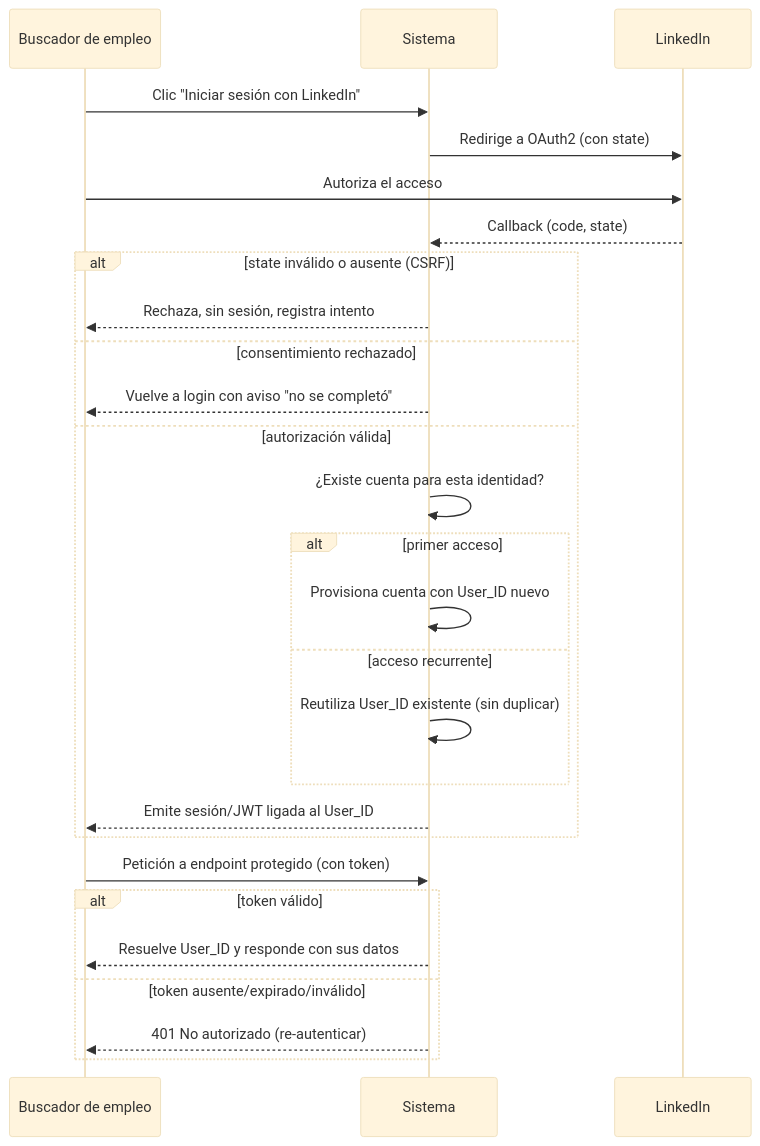
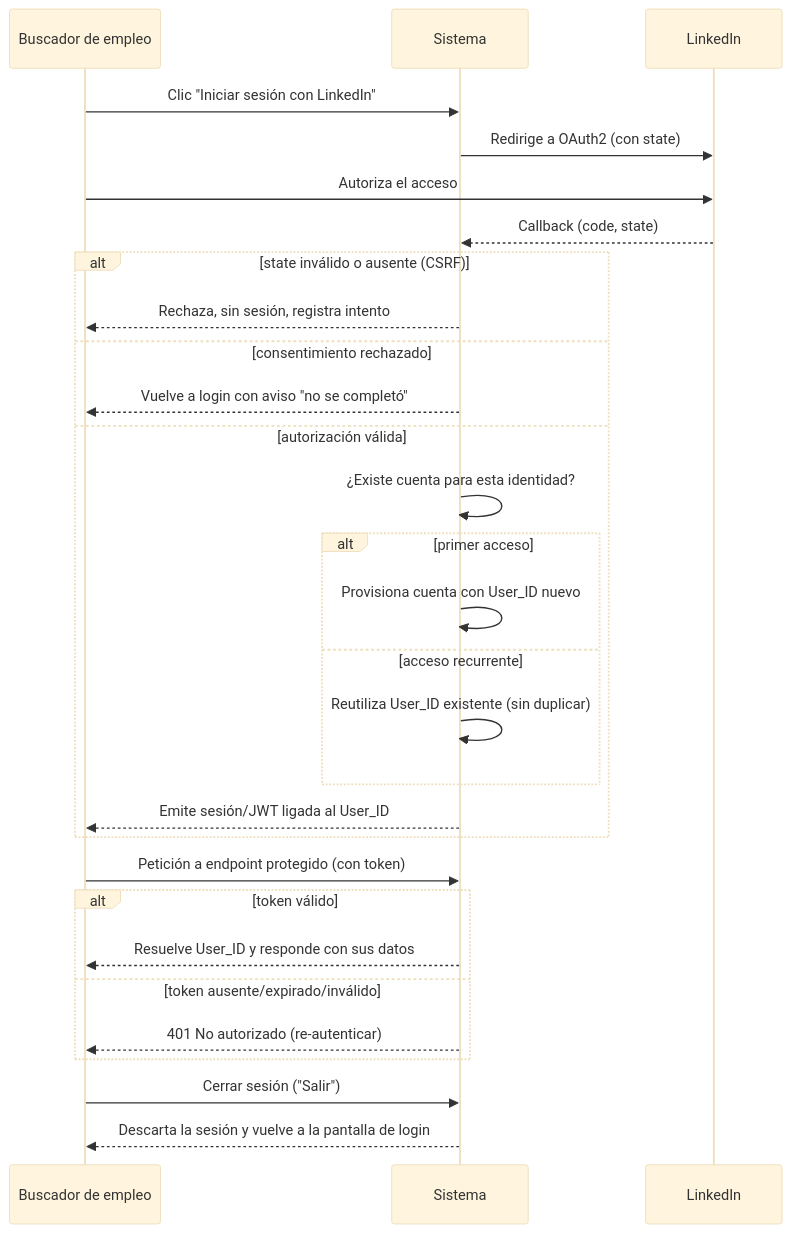
The diagram in docs/06-flows/EP-001-autenticacion-identidad.md (jogeveto/commit-first), drawn with Mermaid (base theme) before and after one commit. The commit also changed other lines of this file and 13 other files, not shown here.

````diff
--- a/docs/06-flows/EP-001-autenticacion-identidad.md
+++ b/docs/06-flows/EP-001-autenticacion-identidad.md
@@ -15,37 +15,41 @@
 ```mermaid
 sequenceDiagram
   participant BE as Buscador de empleo
   participant Sistema
   participant LinkedIn
 
   %% HU-001
   BE->>Sistema: Clic "Iniciar sesión con LinkedIn"
   Sistema->>LinkedIn: Redirige a OAuth2 (con state)
   BE->>LinkedIn: Autoriza el acceso
   LinkedIn-->>Sistema: Callback (code, state)
 
   %% HU-001
   alt state inválido o ausente (CSRF)
     Sistema-->>BE: Rechaza, sin sesión, registra intento
   else consentimiento rechazado
     Sistema-->>BE: Vuelve a login con aviso "no se completó"
   else autorización válida
     %% HU-002
     Sistema->>Sistema: ¿Existe cuenta para esta identidad?
     alt primer acceso
       Sistema->>Sistema: Provisiona cuenta con User_ID nuevo
     else acceso recurrente
       Sistema->>Sistema: Reutiliza User_ID existente (sin duplicar)
     end
     %% HU-003
     Sistema-->>BE: Emite sesión/JWT ligada al User_ID
   end
 
   %% HU-003
   BE->>Sistema: Petición a endpoint protegido (con token)
   alt token válido
     Sistema-->>BE: Resuelve User_ID y responde con sus datos
   else token ausente/expirado/inválido
     Sistema-->>BE: 401 No autorizado (re-autenticar)
   end
+
+  %% HU-021
+  BE->>Sistema: Cerrar sesión ("Salir")
+  Sistema-->>BE: Descarta la sesión y vuelve a la pantalla de login
 ```
````
